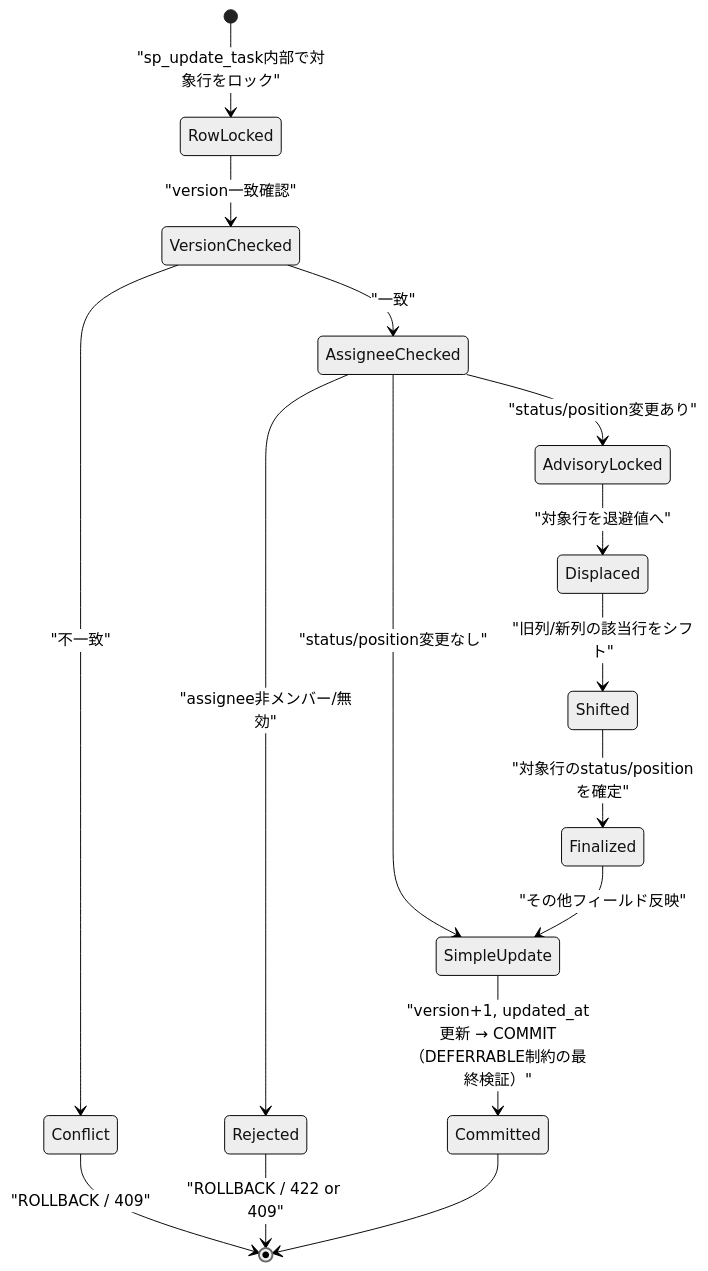
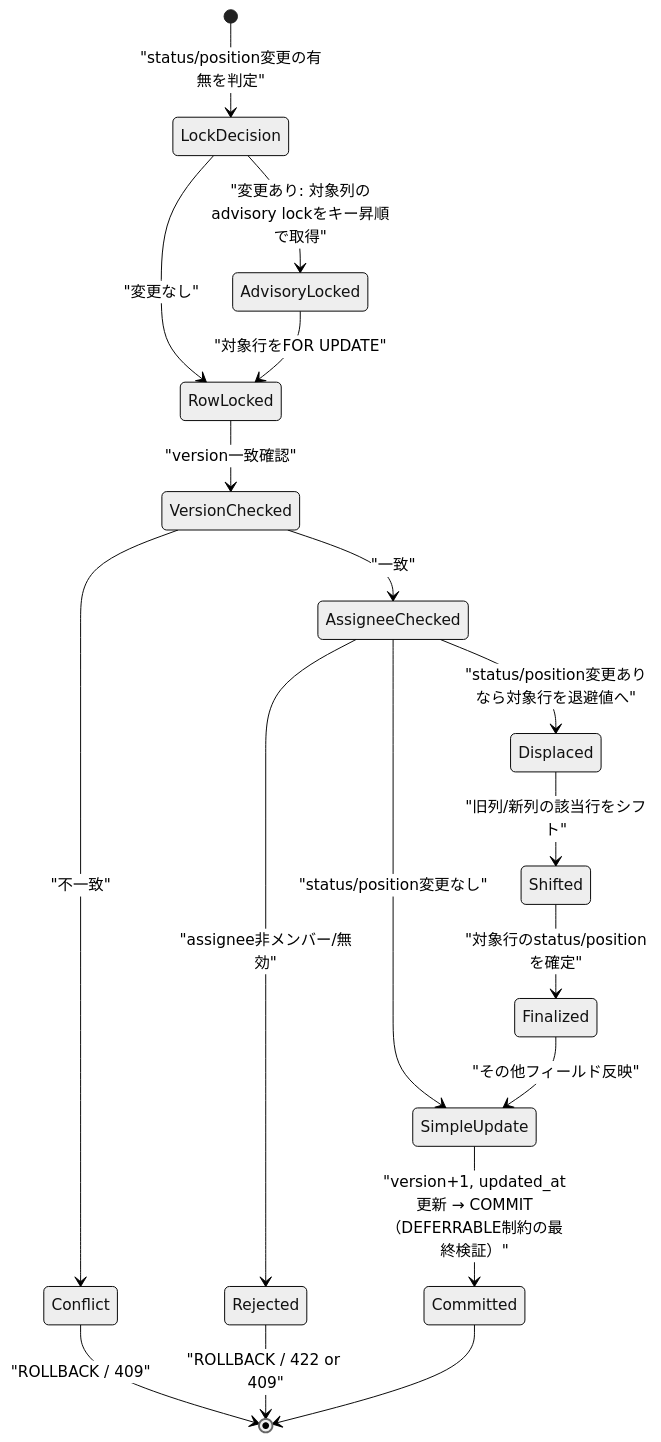
Before and after one commit to oikawa-d/task_management: the fourth of 4 diagrams in docs/detailed_design/api/tasks/04_patch_task.md, drawn with Mermaid (neutral theme). The commit also changed other lines of this file and 3 other files, not shown here.

````diff
--- a/docs/detailed_design/api/tasks/04_patch_task.md
+++ b/docs/detailed_design/api/tasks/04_patch_task.md
@@ -280,18 +280,20 @@
 ```mermaid
 stateDiagram-v2
-    [*] --> RowLocked: "sp_update_task内部で対象行をロック"
+    [*] --> LockDecision: "status/position変更の有無を判定"
+    LockDecision --> AdvisoryLocked: "変更あり: 対象列のadvisory lockをキー昇順で取得"
+    LockDecision --> RowLocked: "変更なし"
+    AdvisoryLocked --> RowLocked: "対象行をFOR UPDATE"
     RowLocked --> VersionChecked: "version一致確認"
     VersionChecked --> Conflict: "不一致"
     Conflict --> [*]: "ROLLBACK / 409"
     VersionChecked --> AssigneeChecked: "一致"
     AssigneeChecked --> Rejected: "assignee非メンバー/無効"
     Rejected --> [*]: "ROLLBACK / 422 or 409"
     AssigneeChecked --> SimpleUpdate: "status/position変更なし"
-    AssigneeChecked --> AdvisoryLocked: "status/position変更あり"
-    AdvisoryLocked --> Displaced: "対象行を退避値へ"
+    AssigneeChecked --> Displaced: "status/position変更ありなら対象行を退避値へ"
     Displaced --> Shifted: "旧列/新列の該当行をシフト"
     Shifted --> Finalized: "対象行のstatus/positionを確定"
     Finalized --> SimpleUpdate: "その他フィールド反映"
     SimpleUpdate --> Committed: "version+1, updated_at更新 → COMMIT<br/>（DEFERRABLE制約の最終検証）"
     Committed --> [*]
 ```
````
